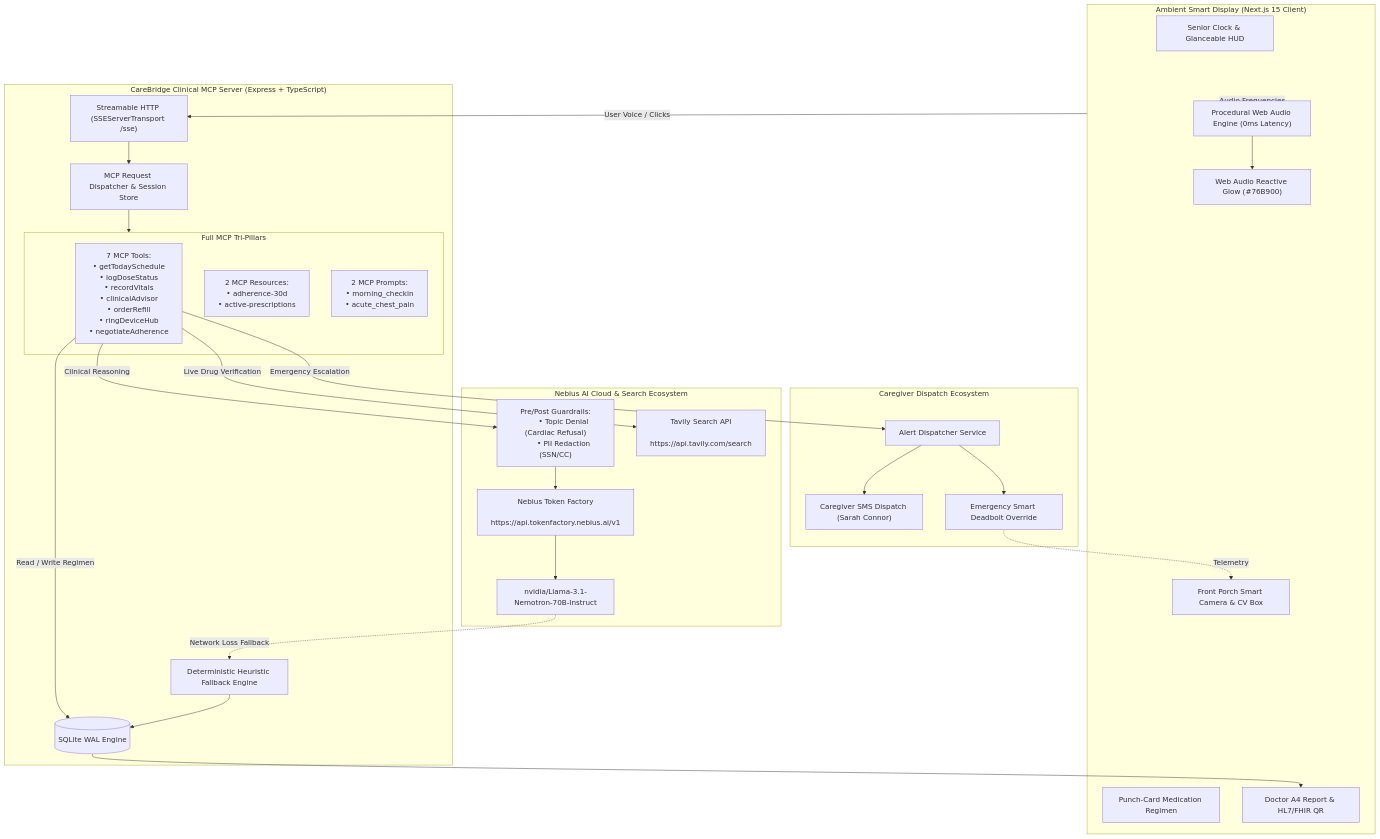
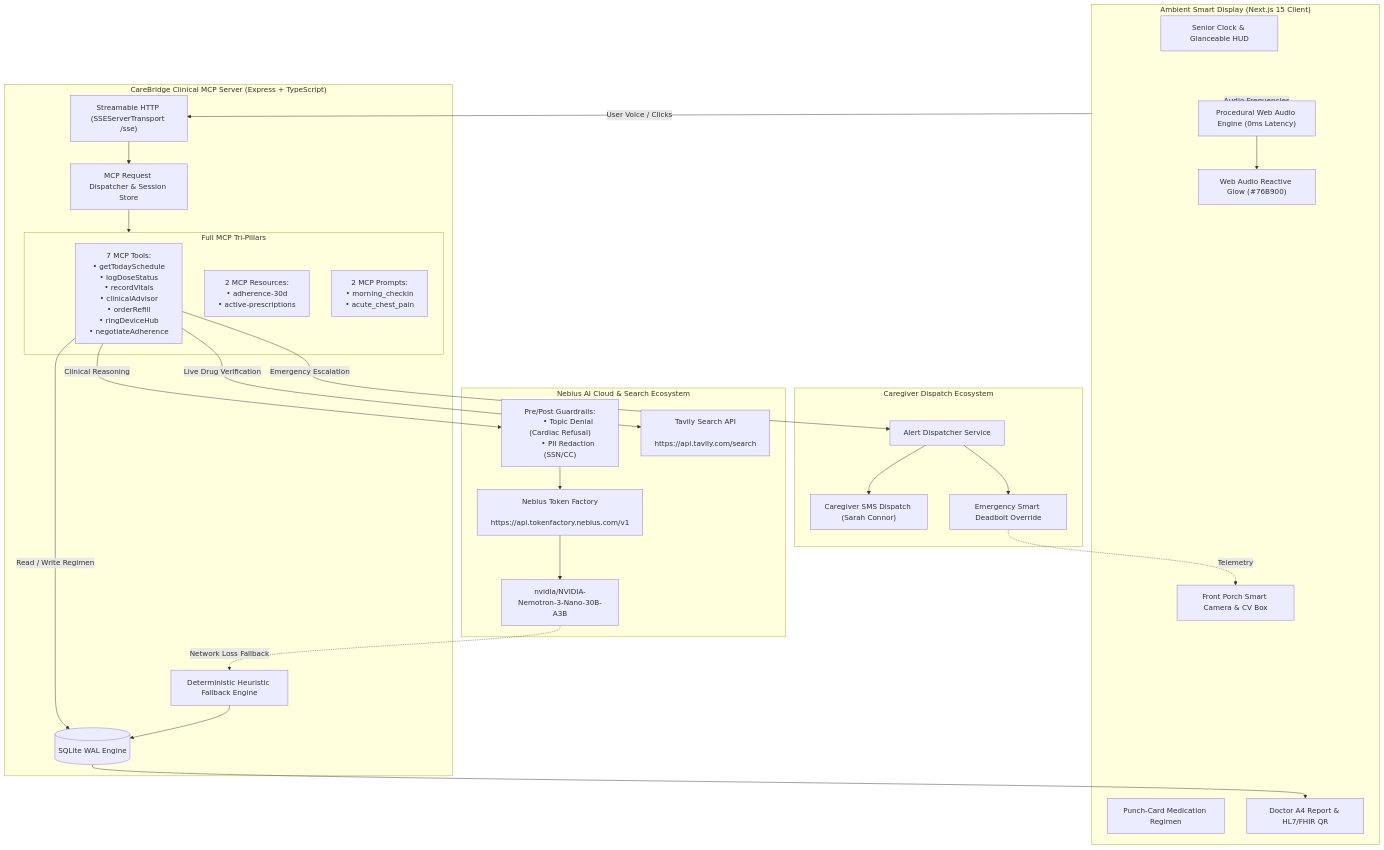
Before and after one commit to PHONGUIT22/CareBridge-Nemotron: the diagram in ARCHITECTURE.md, drawn with Mermaid. The commit also changed other lines of this file and 18 other files, not shown here.

Commit message:
refactor(ui): synchronize model display branding to NVIDIA Nemotron-3-Nano

````diff
--- a/ARCHITECTURE.md
+++ b/ARCHITECTURE.md
@@ -73,66 +73,66 @@
 ```mermaid
 flowchart TD
     subgraph Client["Ambient Smart Display (Next.js 15 Client)"]
         UI_Clock["Senior Clock & Glanceable HUD"]
         UI_PunchCard["Punch-Card Medication Regimen"]
         UI_Glow["Web Audio Reactive Glow (#76B900)"]
         UI_Cam["Front Porch Smart Camera & CV Box"]
         UI_Doc["Doctor A4 Report & HL7/FHIR QR"]
         AudioEng["Procedural Web Audio Engine (0ms Latency)"]
     end
 
     subgraph Backend["CareBridge Clinical MCP Server (Express + TypeScript)"]
         SSE["Streamable HTTP (SSEServerTransport /sse)"]
         Dispatcher["MCP Request Dispatcher & Session Store"]
         
         subgraph MCP_Pillars["Full MCP Tri-Pillars"]
             Tools["7 MCP Tools:
             • getTodaySchedule
             • logDoseStatus
             • recordVitals
             • clinicalAdvisor
             • orderRefill
             • ringDeviceHub
             • negotiateAdherence"]
             Resources["2 MCP Resources:
             • adherence-30d
             • active-prescriptions"]
             Prompts["2 MCP Prompts:
             • morning_checkin
             • acute_chest_pain"]
         end
 
         DB[(SQLite WAL Engine)]
         OfflineEngine["Deterministic Heuristic Fallback Engine"]
     end
 
     subgraph ExternalAI["Nebius AI Cloud & Search Ecosystem"]
         NebiusAPI["Nebius Token Factory
-        https://api.tokenfactory.nebius.ai/v1"]
-        Nemotron["nvidia/Llama-3.1-Nemotron-70B-Instruct"]
+        https://api.tokenfactory.nebius.com/v1"]
+        Nemotron["nvidia/NVIDIA-Nemotron-3-Nano-30B-A3B"]
         Guardrails["Pre/Post Guardrails:
         • Topic Denial (Cardiac Refusal)
         • PII Redaction (SSN/CC)"]
         Tavily["Tavily Search API
         https://api.tavily.com/search"]
     end
 
     subgraph AlertSystem["Caregiver Dispatch Ecosystem"]
         AlertDispatcher["Alert Dispatcher Service"]
         CaregiverSMS["Caregiver SMS Dispatch (Sarah Connor)"]
         SmartLock["Emergency Smart Deadbolt Override"]
     end
 
     Client -->|User Voice / Clicks| SSE
     Client -->|Audio Frequencies| AudioEng --> UI_Glow
     SSE --> Dispatcher --> MCP_Pillars
     
     Tools -->|Clinical Reasoning| Guardrails --> NebiusAPI --> Nemotron
     Tools -->|Live Drug Verification| Tavily
     Tools -->|Read / Write Regimen| DB
     Tools -->|Emergency Escalation| AlertDispatcher --> CaregiverSMS & SmartLock
     
     Nemotron -.->|Network Loss Fallback| OfflineEngine --> DB
     DB --> UI_Doc
     SmartLock -.->|Telemetry| UI_Cam
 ```
````
